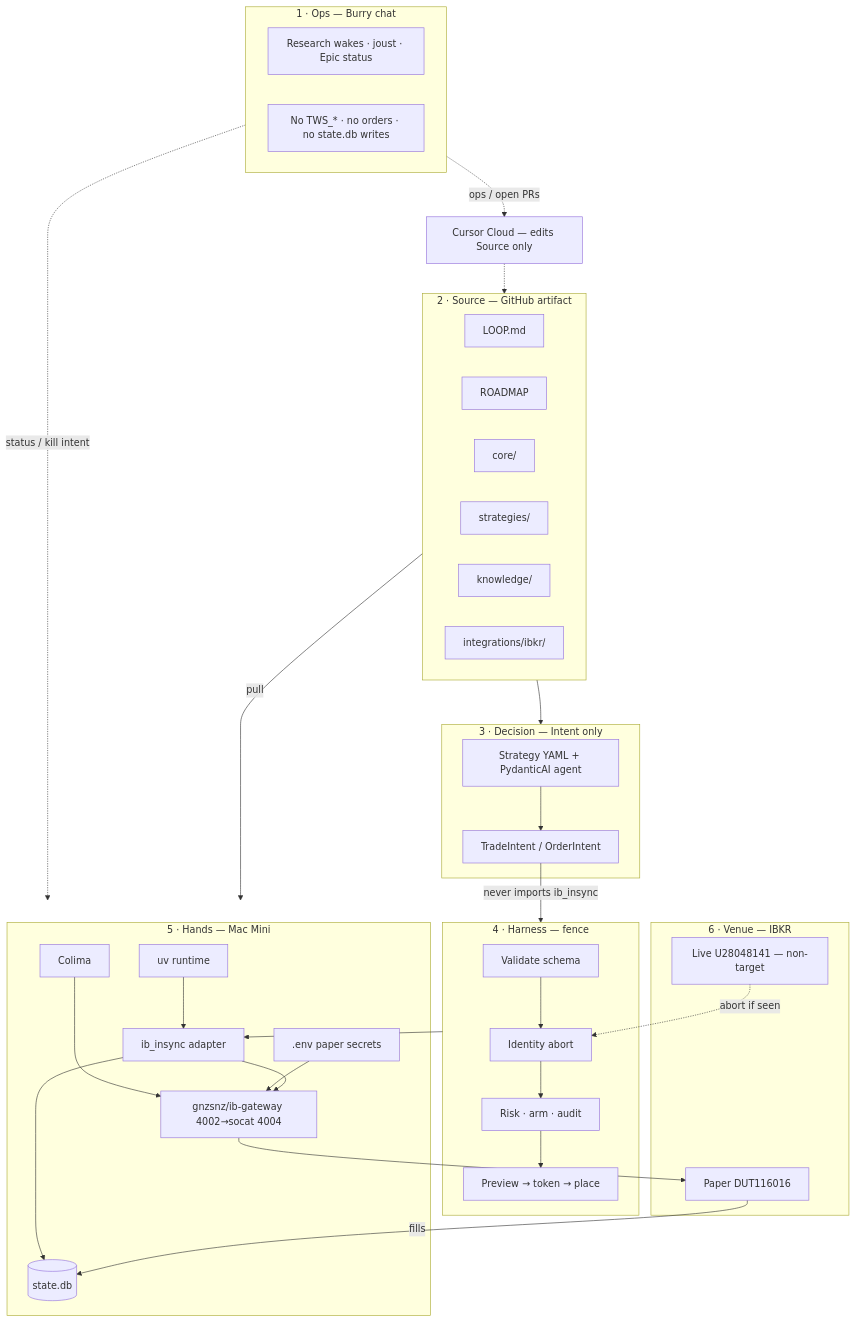
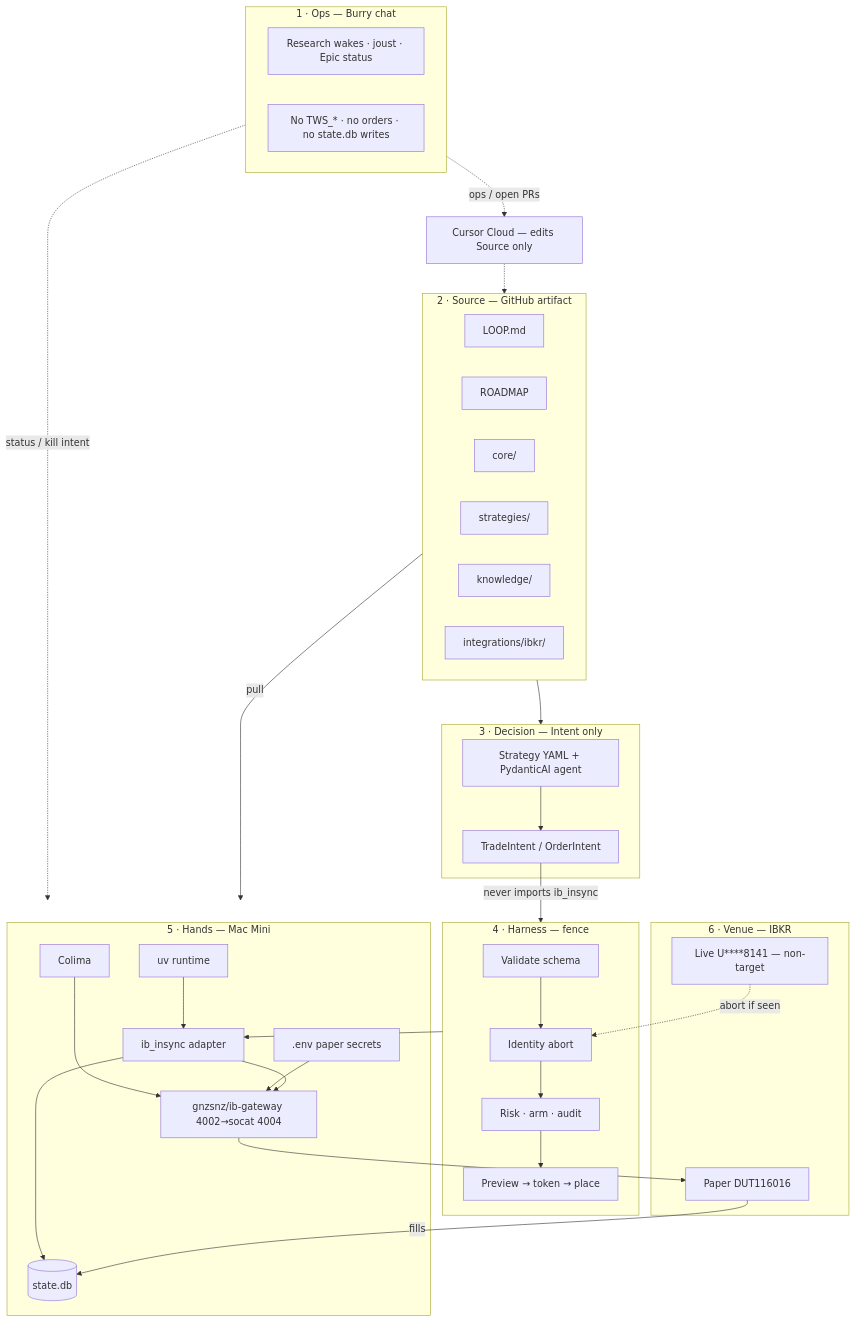
The diagram in knowledge/ops/architecture.md (bedw3320/options-trading-bot), drawn with Mermaid before and after one commit. The commit also changed other lines of this file and 35 other files, not shown here.

````diff
--- a/knowledge/ops/architecture.md
+++ b/knowledge/ops/architecture.md
@@ -7,60 +10,60 @@
 ```mermaid
 flowchart TB
   subgraph Ops["1 · Ops — Burry chat"]
     O1[Research wakes · joust · Epic status]
     O2[No TWS_* · no orders · no state.db writes]
   end
 
   subgraph Source["2 · Source — GitHub artifact"]
     L[LOOP.md]
     RM[ROADMAP]
     CORE[core/]
     STRAT[strategies/]
     KNOW[knowledge/]
     IBKRMOD[integrations/ibkr/]
   end
 
   subgraph Decision["3 · Decision — Intent only"]
     YAML[Strategy YAML + PydanticAI agent]
     INTENT[TradeIntent / OrderIntent]
     YAML --> INTENT
   end
 
   subgraph Harness["4 · Harness — fence"]
     G1[Validate schema]
     G2[Identity abort]
     G3[Risk · arm · audit]
     G4[Preview → token → place]
     G1 --> G2 --> G3 --> G4
   end
 
   subgraph Hands["5 · Hands — Mac Mini"]
     COL[Colima]
     GW["gnzsnz/ib-gateway 4002→socat 4004"]
     ENV[".env paper secrets"]
     EXEC[ib_insync adapter]
     DB[(state.db)]
     UV[uv runtime]
   end
 
   subgraph Venue["6 · Venue — IBKR"]
     PAP["Paper DUT116016"]
-    LIV["Live U28048141 — non-target"]
+    LIV["Live U****8141 — non-target"]
   end
 
   Cloud["Cursor Cloud — edits Source only"] -.-> Source
   Ops -.->|ops / open PRs| Cloud
   Ops -.->|status / kill intent| Hands
   Source -->|pull| Hands
   Source --> Decision
   INTENT -->|never imports ib_insync| Harness
   Harness --> EXEC
   UV --> EXEC
   COL --> GW
   ENV --> GW
   EXEC --> GW
   GW --> PAP
   EXEC --> DB
   PAP -->|fills| DB
   LIV -.->|abort if seen| G2
 ```
````
